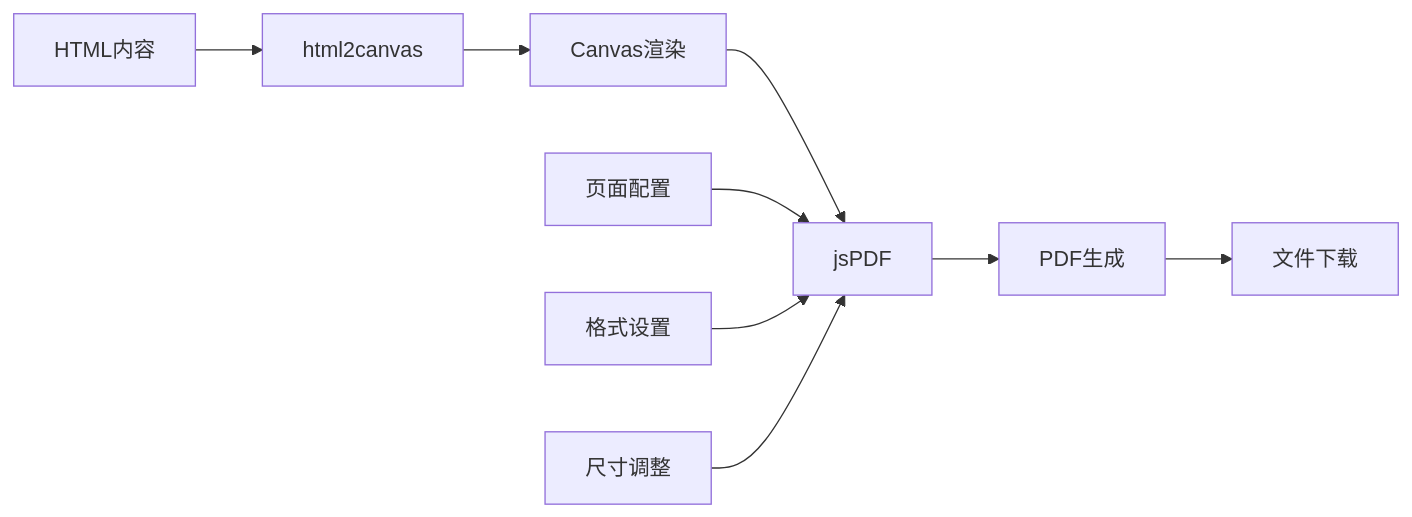
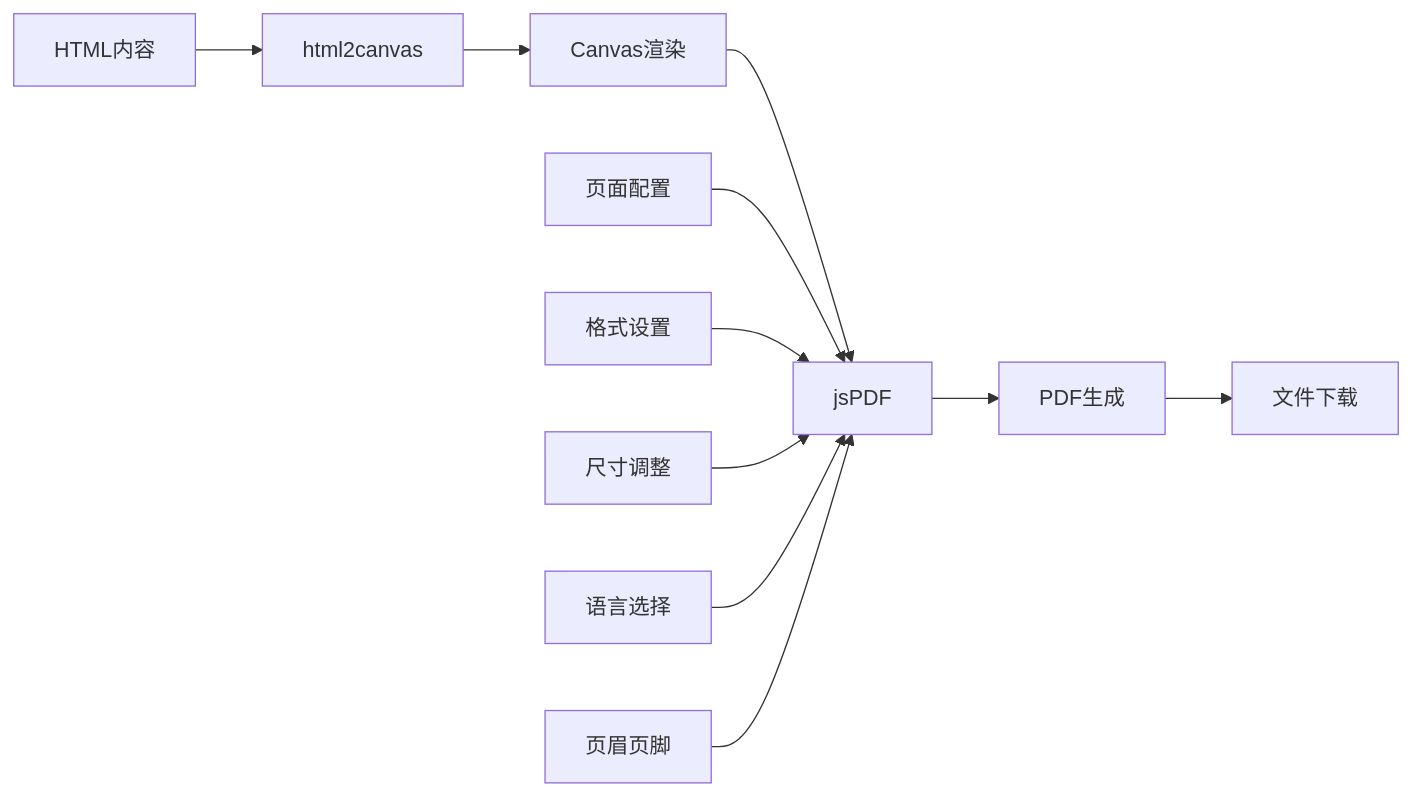
Before and after one commit to CubeEdge/Longhorn: the seventh of 8 diagrams in .qoder/repowiki/zh/content/前端组件架构/服务工作流增强/运营维修报告编辑器.md, drawn with Mermaid. The commit also changed other lines of this file and 3 other files, not shown here.

````diff
--- a/.qoder/repowiki/zh/content/前端组件架构/服务工作流增强/运营维修报告编辑器.md
+++ b/.qoder/repowiki/zh/content/前端组件架构/服务工作流增强/运营维修报告编辑器.md
@@ -230,11 +313,13 @@
 ```mermaid
 flowchart LR
 A[HTML内容] --> B[html2canvas]
 B --> C[Canvas渲染]
 C --> D[jsPDF]
 D --> E[PDF生成]
 E --> F[文件下载]
 G[页面配置] --> D
 H[格式设置] --> D
 I[尺寸调整] --> D
+J[语言选择] --> D
+K[页眉页脚] --> D
 ```
````
